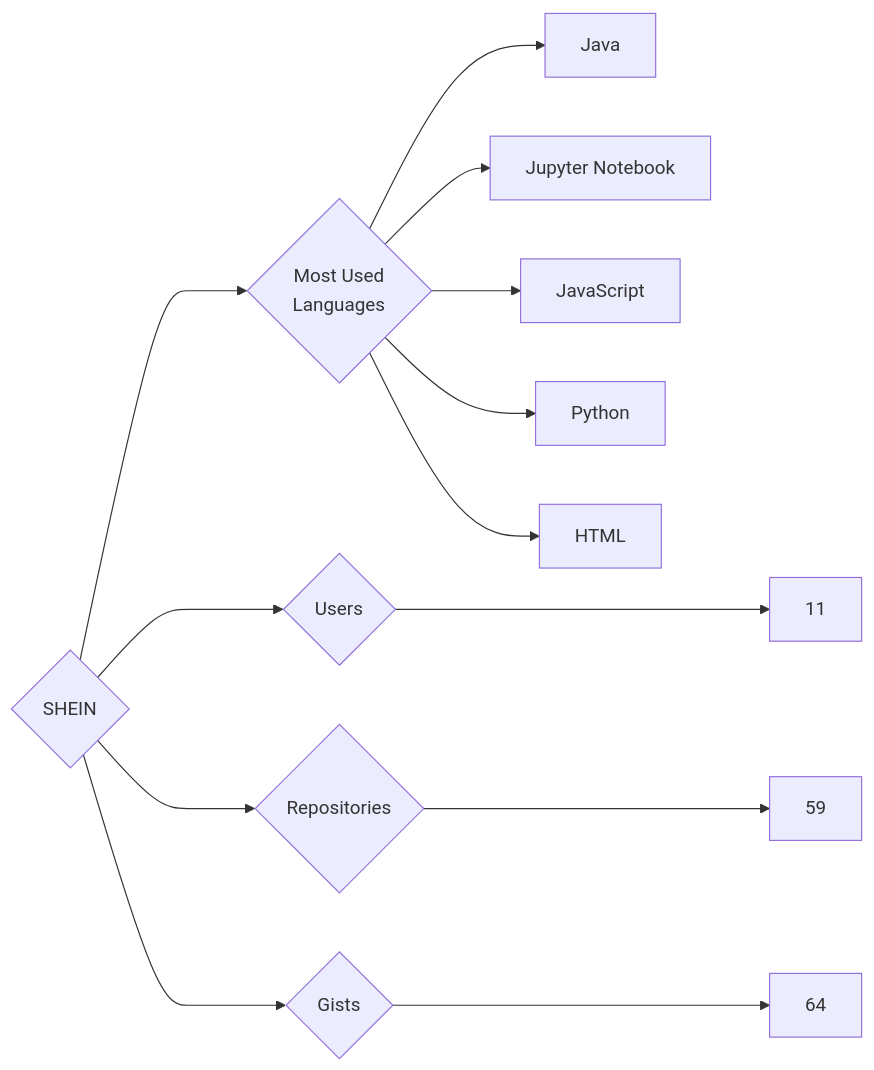
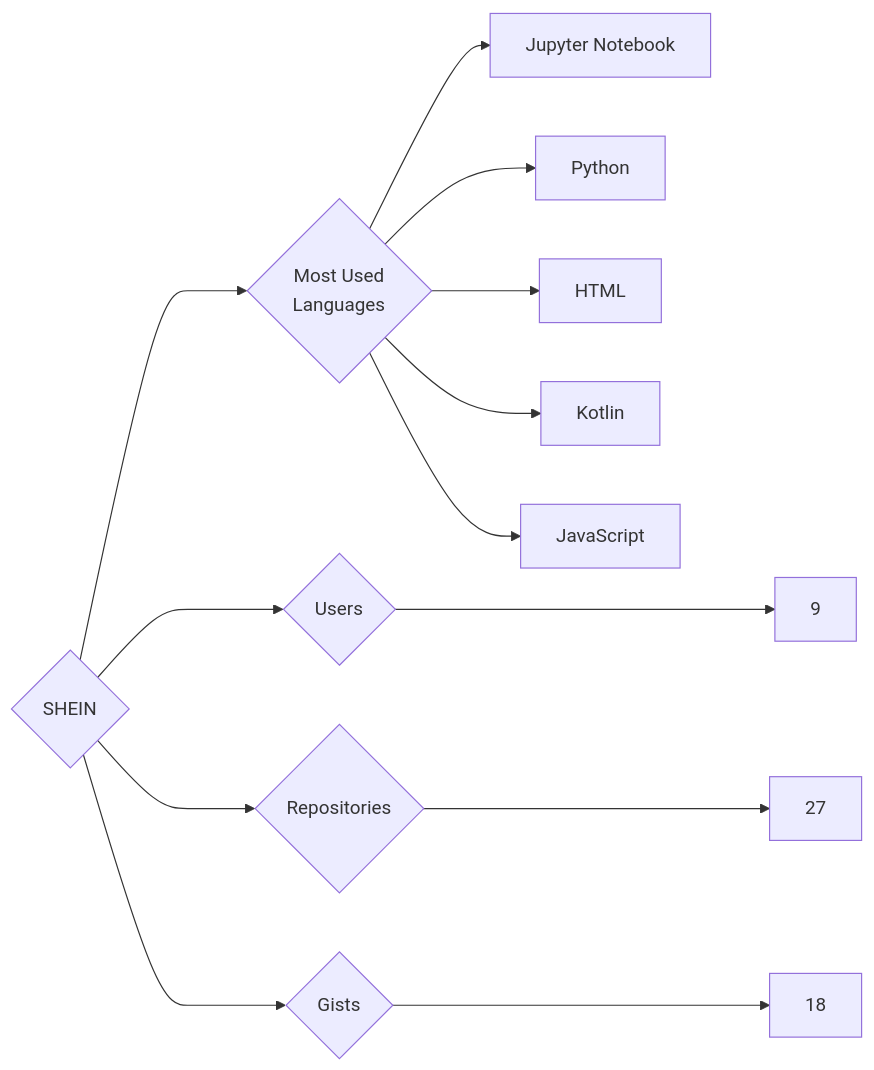
Before and after one commit to trickest/insiders: the diagram in targets/SHEIN/README.md, drawn with Mermaid. The commit also changed 972 other files, not shown here.

````diff
--- a/targets/SHEIN/README.md
+++ b/targets/SHEIN/README.md
@@ -3,13 +3,13 @@
 ```mermaid
 graph LR
 COMPANY_NAME{SHEIN}
-COMPANY_NAME ---> U{Users} ---> UN[11]
-COMPANY_NAME ---> R{Repositories} ---> RN[59]
-COMPANY_NAME ---> G{Gists} ---> GN[64]
+COMPANY_NAME ---> U{Users} ---> UN[9]
+COMPANY_NAME ---> R{Repositories} ---> RN[27]
+COMPANY_NAME ---> G{Gists} ---> GN[18]
 COMPANY_NAME ---> ML{Most Used<br>Languages}
-ML --> Java[Java]
 ML --> Jupyter_Notebook[Jupyter Notebook]
-ML --> JavaScript[JavaScript]
 ML --> Python[Python]
 ML --> HTML[HTML]
+ML --> Kotlin[Kotlin]
+ML --> JavaScript[JavaScript]
 ```
````
